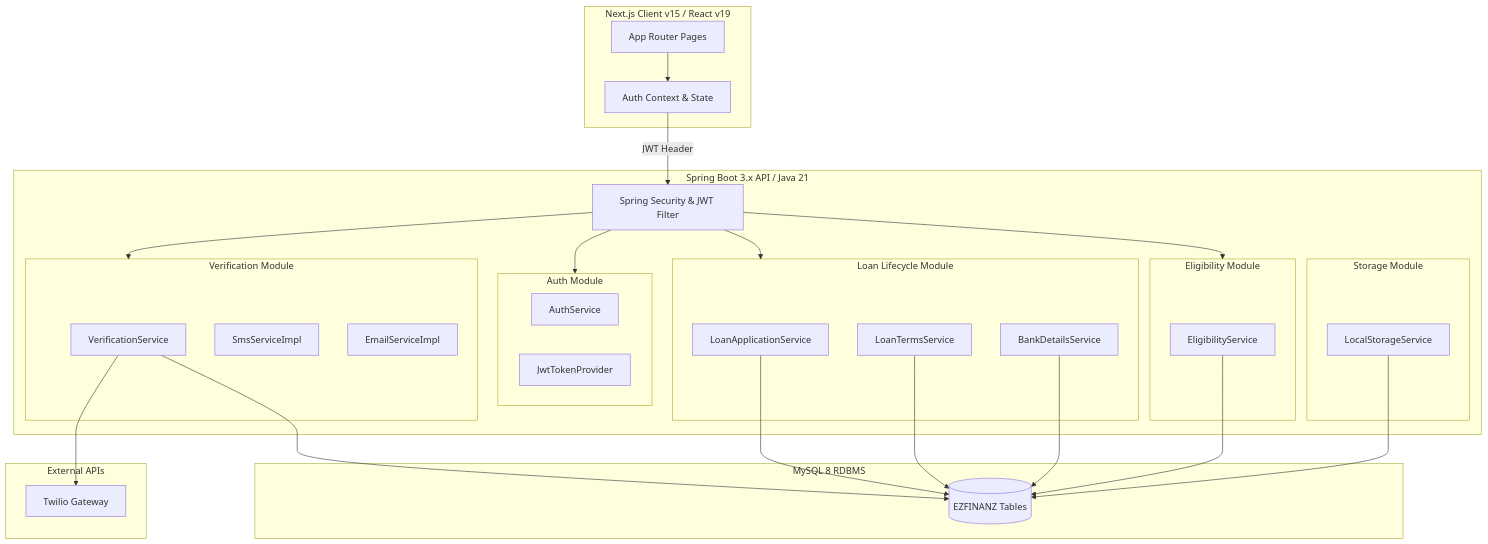
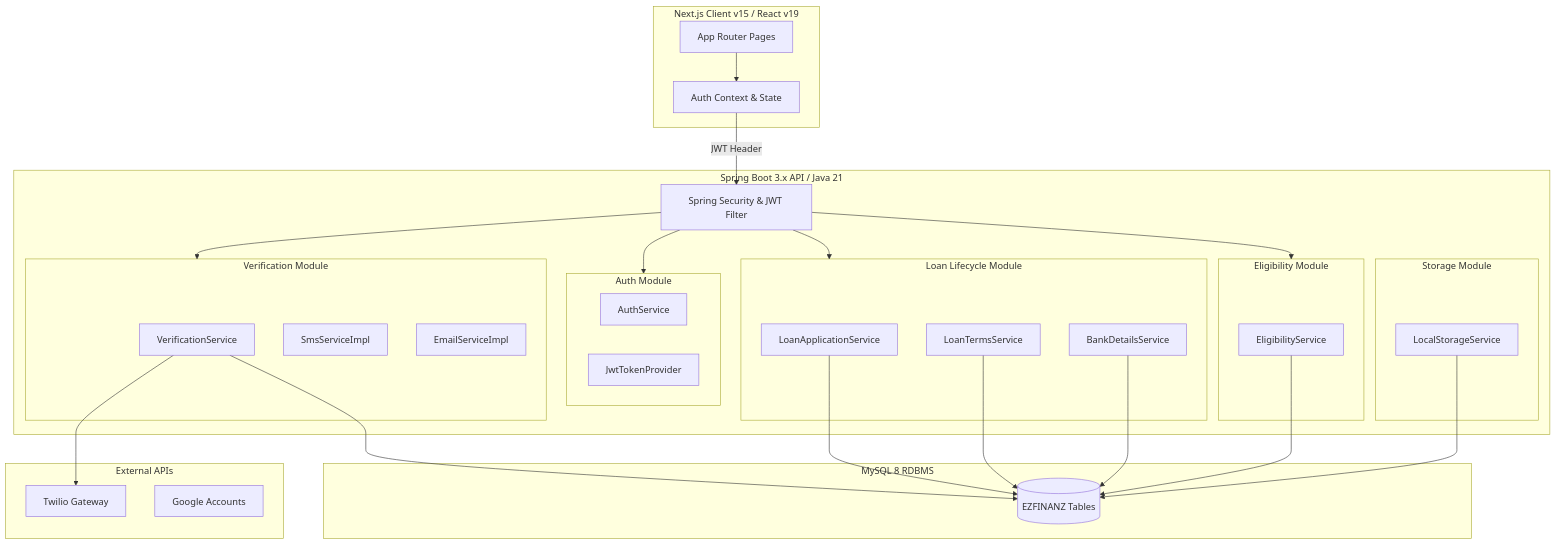
One commit to lakshman-1289/Personal-Loan-System changed the first of 2 diagrams in MyBuildingWorkflow.md. Above: the diagram before and after it, drawn with Mermaid. The commit also changed other lines of this file, not shown here.

````diff
--- a/MyBuildingWorkflow.md
+++ b/MyBuildingWorkflow.md
@@ -11,53 +11,54 @@
 ```mermaid
 flowchart TD
     subgraph Client [Next.js Client v15 / React v19]
         AuthCtx[Auth Context & State]
         UI[App Router Pages]
     end
 
     subgraph Backend [Spring Boot 3.x API / Java 21]
         Security[Spring Security & JWT Filter]
         
         subgraph AuthModule [Auth Module]
             AuthSvc[AuthService]
             TokenProv[JwtTokenProvider]
         end
         
         subgraph VerificationModule [Verification Module]
             VerifySvc[VerificationService]
             TwilioSvc[SmsServiceImpl]
             EmailSvc[EmailServiceImpl]
         end
         
         subgraph LoanModule [Loan Lifecycle Module]
             LoanSvc[LoanApplicationService]
             TermsSvc[LoanTermsService]
             BankSvc[BankDetailsService]
         end
         
         subgraph EligibilityModule [Eligibility Module]
             EligSvc[EligibilityService]
         end
 
         subgraph Storage [Storage Module]
             LocalStore[LocalStorageService]
         end
     end
 
     subgraph Database [MySQL 8 RDBMS]
         Tables[(EZFINANZ Tables)]
     end
 
     subgraph External [External APIs]
         TwilioAPI[Twilio Gateway]
+        GoogleOAuth[Google Accounts]
     end
 
     UI --> AuthCtx
     AuthCtx -- JWT Header --> Security
     Security --> AuthModule & VerificationModule & LoanModule & EligibilityModule
     
     VerifySvc --> TwilioAPI
     VerifySvc --> Tables
     LoanSvc & TermsSvc & BankSvc & EligSvc --> Tables
     LocalStore --> Tables
 ```
````
